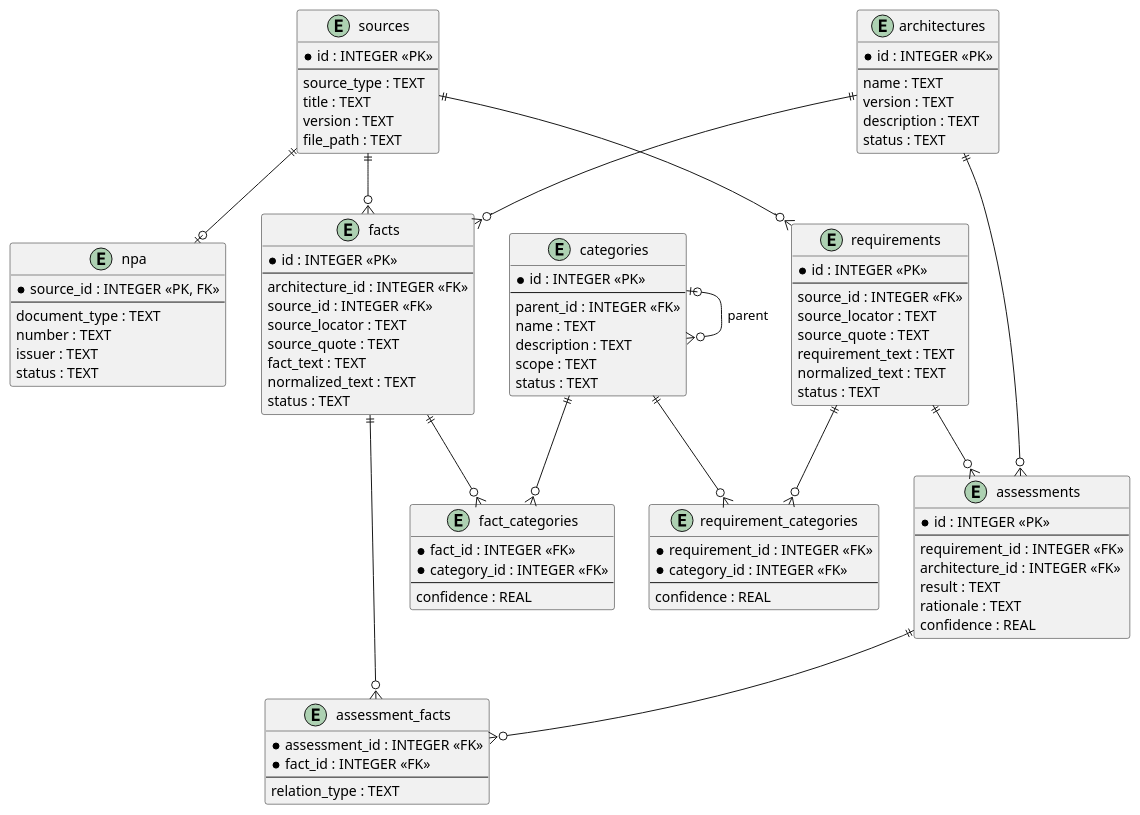
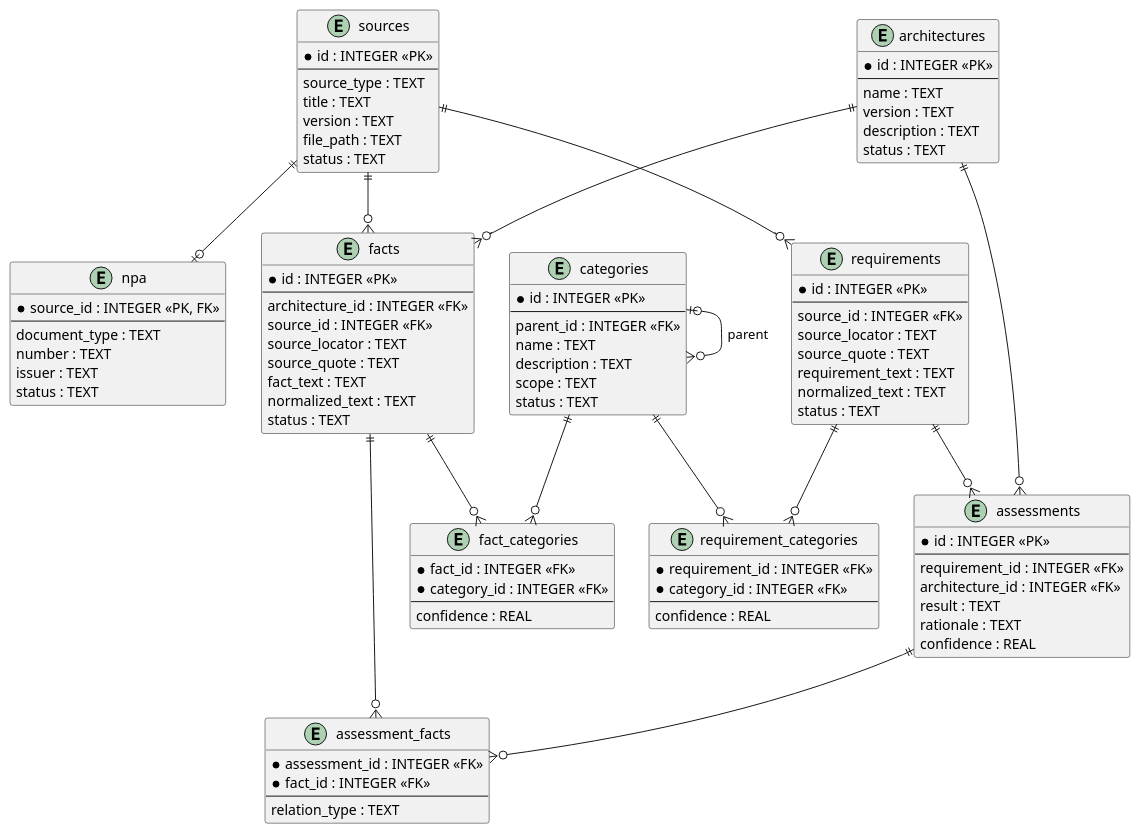
The second of 2 diagrams in AGENTS.md (SkySai1/ArchSolution), drawn with PlantUML before and after one commit. The commit also changed other lines of this file, not shown here.

```diff
--- a/AGENTS.md
+++ b/AGENTS.md
@@ -232,6 +316,7 @@
     title : TEXT
     version : TEXT
     file_path : TEXT
+    status : TEXT
 }
 
 entity npa {
@@ -317,7 +402,6 @@
 }
 
 sources ||--o| npa
-
 sources ||--o{ requirements
 sources ||--o{ facts
 
```
